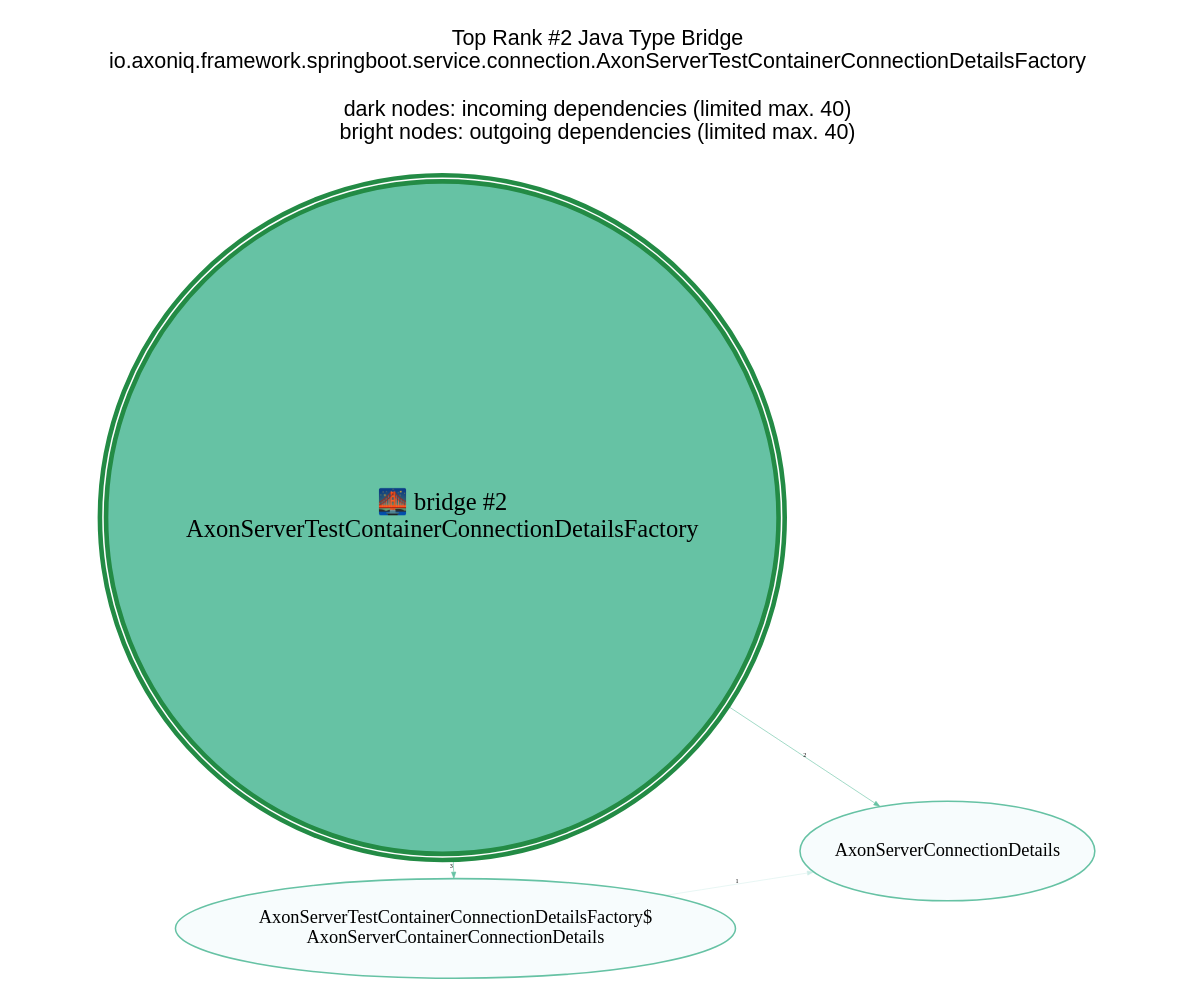
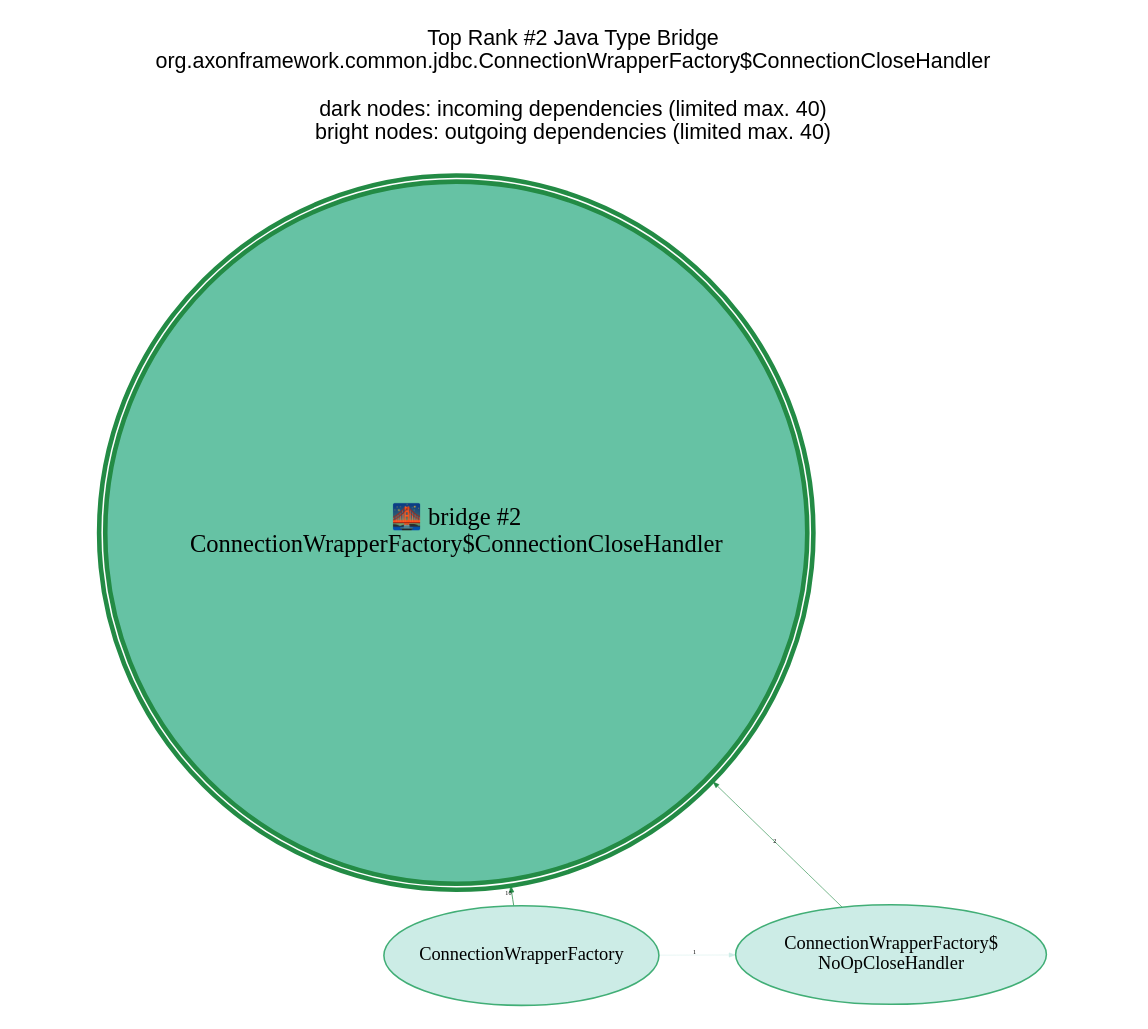
Before and after one commit to JohT/code-graph-analysis-examples: the diagram in analysis-results/AxonFramework/latest/anomaly-detection/Java_Type/GraphVisualizations/graphviz/TopBridge2.gv, drawn with Graphviz. The commit also changed 475 other files, not shown here.

```diff
--- a/analysis-results/AxonFramework/latest/anomaly-detection/Java_Type/GraphVisualizations/graphviz/TopBridge2.gv
+++ b/analysis-results/AxonFramework/latest/anomaly-detection/Java_Type/GraphVisualizations/graphviz/TopBridge2.gv
@@ -1,20 +1,20 @@
 // This GraphViz dot file was generated by the script convertQueryResultCsvToGraphVizDotFile.sh with TopCentral.template
 
 strict digraph TopBridge2 {
     graph [layout = "fdp"; start = "7"; splines = "spline"; pad = "0.8,0.1"; outputorder = "edgesfirst";];
     graph [fontname = "Helvetica,Arial,sans-serif"; labelloc = "t";];
     node [colorscheme = "bugn9"; color = 6; fillcolor = 3;];
     edge [colorscheme = "bugn9"; color = 7;];
     node [fontsize = 12; style = "filled"; margin = "0.03,0.03"; width="1.3"; height="0.9";];
     edge [fontsize = 4; arrowsize = "0.4";];
 
     central [shape = "doublecircle"; height = "2.0"; margin = "0.000001,0.000001";];
     central [fontsize = 16;];
     central [color = 7; fillcolor = 5; penwidth = 3;];
 
-	graph   [label="Top Rank #2 Java Type Bridge\nio.axoniq.framework.springboot.service.connection.AxonServerTestContainerConnectionDetailsFactory\n\ndark nodes: incoming dependencies (limited max. 40)\nbright nodes: outgoing dependencies (limited max. 40)\n\n"];
-	central [label="🌉 bridge #2\nAxonServerTestContainerConnectionDetailsFactory"];
-	"AxonServerTestContainerConnectionDetailsFactory$AxonServerContainerConnectionDetails_30983" [label = "AxonServerTestContainerConnectionDetailsFactory$\nAxonServerContainerConnectionDetails"; color = 5; fillcolor = 1; ]; central -> "AxonServerTestContainerConnectionDetailsFactory$AxonServerContainerConnectionDetails_30983" [label=3; weight=3; penwidth=0.4; color = 5];
-	"AxonServerConnectionDetails_31103" [label = "AxonServerConnectionDetails"; color = 5; fillcolor = 1; ]; central -> "AxonServerConnectionDetails_31103" [label=2; weight=2; penwidth=0.4; color = 5];
-	"AxonServerTestContainerConnectionDetailsFactory$AxonServerContainerConnectionDetails_30983" -> "AxonServerConnectionDetails_31103" [label=1; weight=1; penwidth=0.3; color = 3]
+	graph   [label="Top Rank #2 Java Type Bridge\norg.axonframework.common.jdbc.ConnectionWrapperFactory$ConnectionCloseHandler\n\ndark nodes: incoming dependencies (limited max. 40)\nbright nodes: outgoing dependencies (limited max. 40)\n\n"];
+	central [label="🌉 bridge #2\nConnectionWrapperFactory$ConnectionCloseHandler"];
+	"ConnectionWrapperFactory_42550" [label = "ConnectionWrapperFactory"; ]; "ConnectionWrapperFactory_42550" -> central [label=10; weight=10; penwidth=0.5];
+	"ConnectionWrapperFactory$NoOpCloseHandler_41221" [label = "ConnectionWrapperFactory$\nNoOpCloseHandler"; ]; "ConnectionWrapperFactory$NoOpCloseHandler_41221" -> central [label=2; weight=2; penwidth=0.4];
+	"ConnectionWrapperFactory_42550" -> "ConnectionWrapperFactory$NoOpCloseHandler_41221" [label=1; weight=1; penwidth=0.3; color = 3]
 }
```
